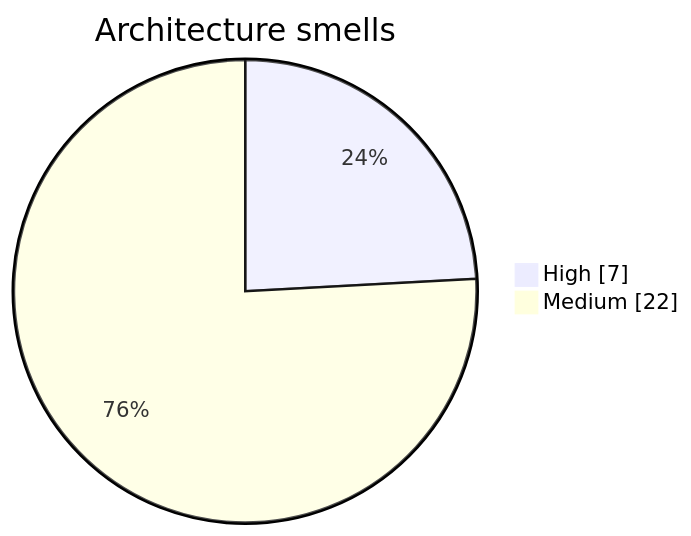
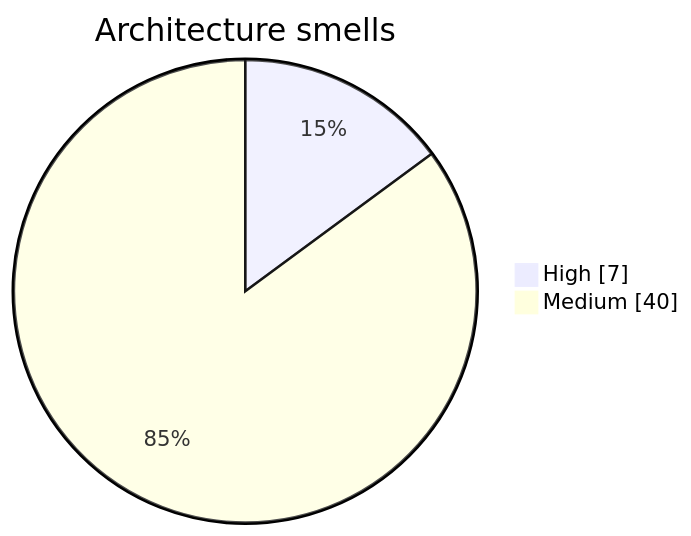
Before and after one commit to wolframs/jspace-probes: diagram 14 of 15 in .mentis/context/graphs.md, drawn with Mermaid. The commit also changed other lines of this file and 58 other files, not shown here.

First line of the commit message:
Mnestis fork: the call graph stops guessing, and engine/ session logs leave the repo

````diff
--- a/.mentis/context/graphs.md
+++ b/.mentis/context/graphs.md
@@ -287,5 +287,5 @@
 ```mermaid
 pie showData title Architecture smells
     "High" : 7
-    "Medium" : 22
+    "Medium" : 40
 ```
````
